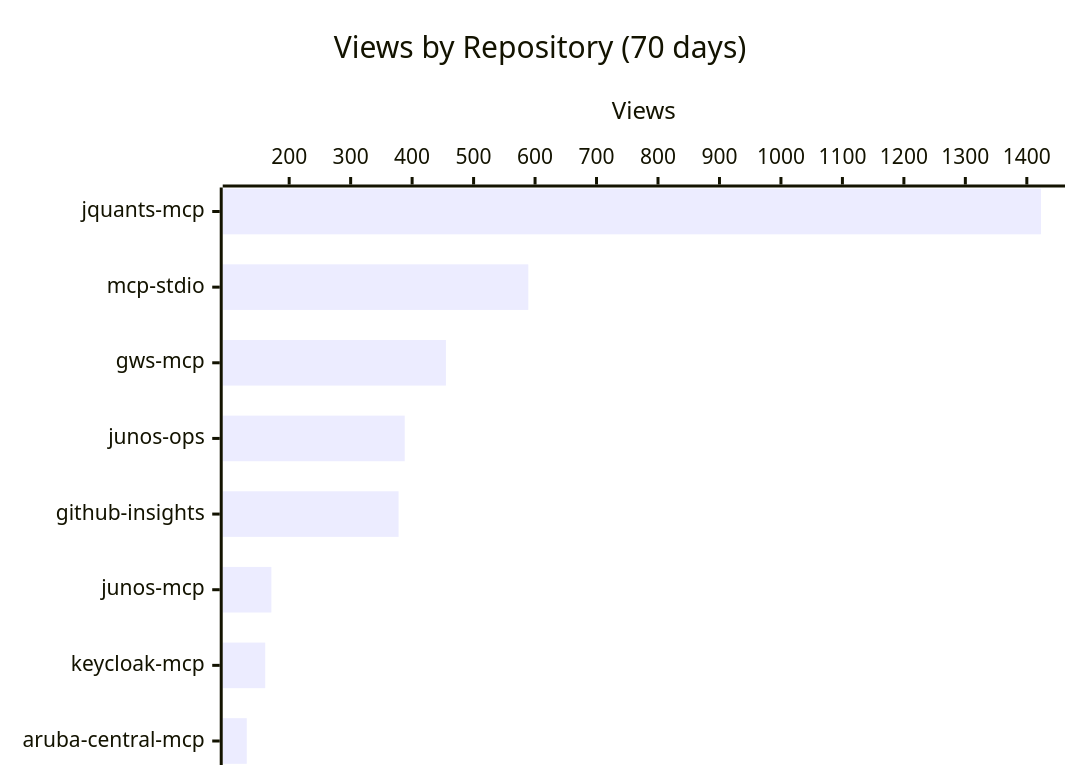
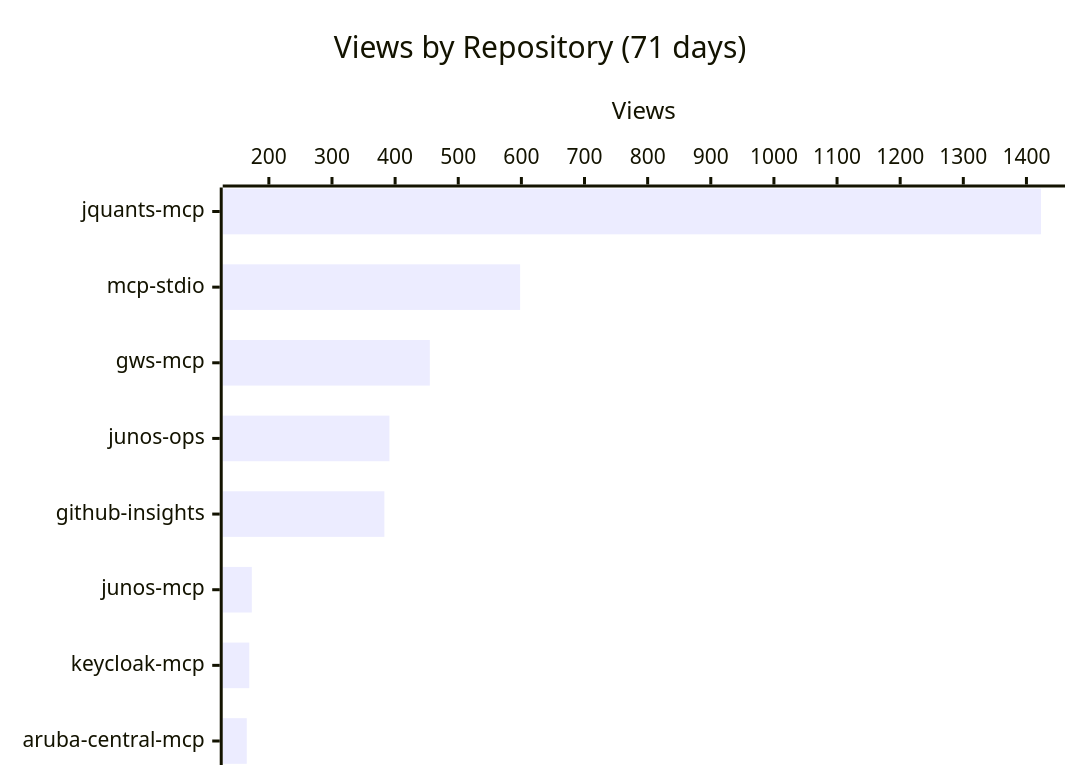
Before and after one commit to shigechika/github-insights: the first of 3 diagrams in README.md, drawn with Mermaid. The commit also changed other lines of this file and 2 other files, not shown here.

````diff
--- a/README.md
+++ b/README.md
@@ -18,7 +18,7 @@
 ```mermaid
 xychart-beta horizontal
-    title "Views by Repository (70 days)"
+    title "Views by Repository (71 days)"
     x-axis ["jquants-mcp", "mcp-stdio", "gws-mcp", "junos-ops", "github-insights", "junos-mcp", "keycloak-mcp", "aruba-central-mcp"]
     y-axis "Views"
-    bar [1423, 589, 455, 388, 378, 171, 161, 131]
+    bar [1423, 598, 455, 391, 383, 173, 169, 165]
 ```
````
